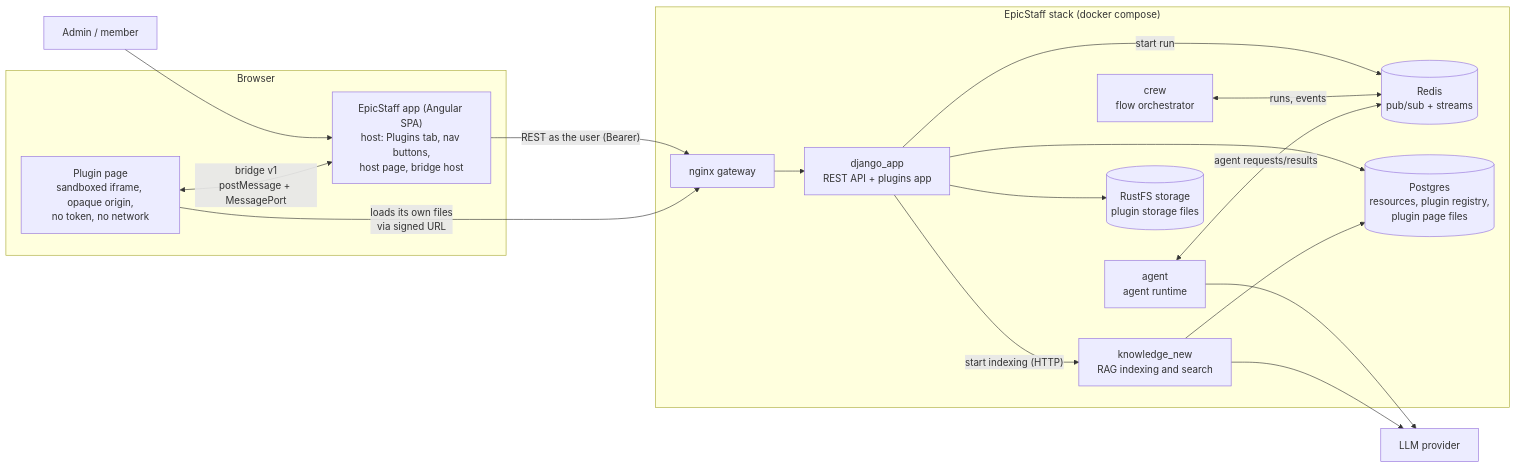
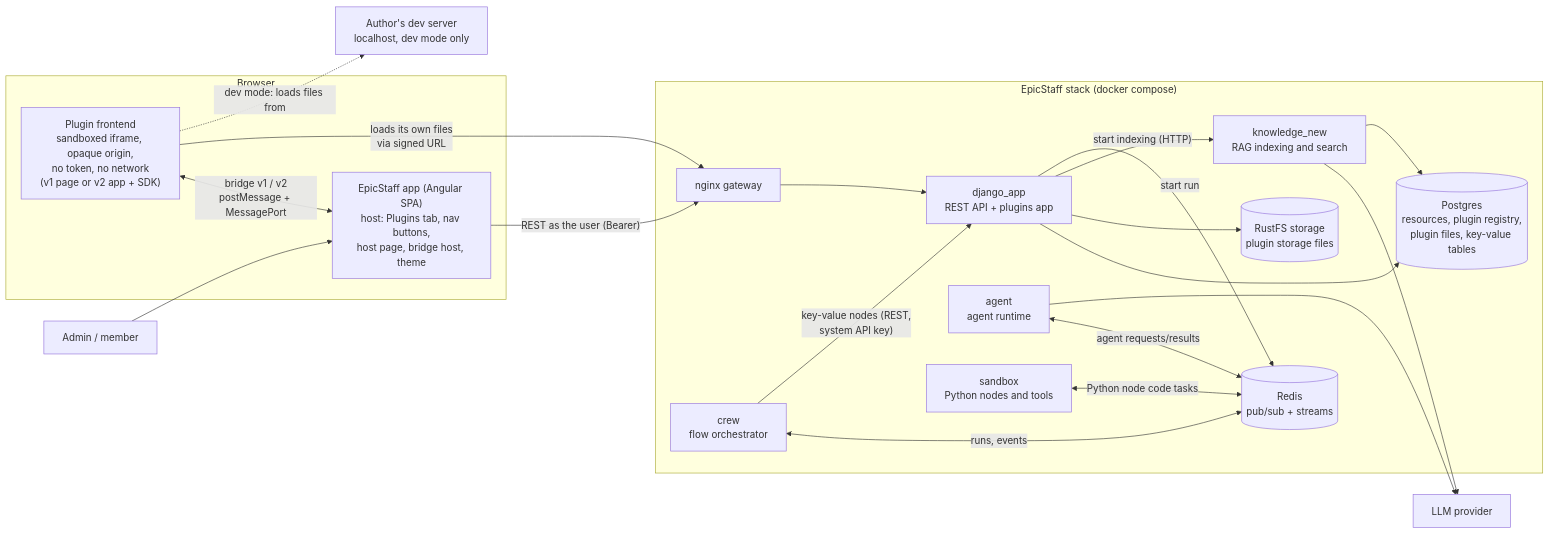
One commit to EpicStaff/EpicStaff changed the second of 4 diagrams in docs/proto/plugins/plugins-architecture.md. Above: the diagram before and after it, drawn with Mermaid. The commit also changed other lines of this file and 12 other files, not shown here.

Commit message:
chore(proto): plugins — docs: concept baseline (plugin apps, bridge v2, author tooling, code map)

````diff
--- a/docs/proto/plugins/plugins-architecture.md
+++ b/docs/proto/plugins/plugins-architecture.md
@@ -61,37 +70,42 @@
 ```mermaid
 flowchart LR
   user["Admin / member"]
+  devserver["Author's dev server<br/>localhost, dev mode only"]
 
   subgraph browser["Browser"]
-    host["EpicStaff app (Angular SPA)<br/>host: Plugins tab, nav buttons,<br/>host page, bridge host"]
-    frame["Plugin page<br/>sandboxed iframe, opaque origin,<br/>no token, no network"]
+    host["EpicStaff app (Angular SPA)<br/>host: Plugins tab, nav buttons,<br/>host page, bridge host, theme"]
+    frame["Plugin frontend<br/>sandboxed iframe, opaque origin,<br/>no token, no network<br/>(v1 page or v2 app + SDK)"]
   end
 
   subgraph stack["EpicStaff stack (docker compose)"]
     nginx["nginx gateway"]
     django["django_app<br/>REST API + plugins app"]
     crew["crew<br/>flow orchestrator"]
     agent["agent<br/>agent runtime"]
+    sandbox["sandbox<br/>Python nodes and tools"]
     knowledge["knowledge_new<br/>RAG indexing and search"]
     redis[("Redis<br/>pub/sub + streams")]
-    pg[("Postgres<br/>resources, plugin registry,<br/>plugin page files")]
+    pg[("Postgres<br/>resources, plugin registry,<br/>plugin files, key-value tables")]
     s3[("RustFS storage<br/>plugin storage files")]
   end
 
   llm["LLM provider"]
 
   user --> host
-  frame <-->|"bridge v1<br/>postMessage + MessagePort"| host
+  frame <-->|"bridge v1 / v2<br/>postMessage + MessagePort"| host
   host -->|"REST as the user (Bearer)"| nginx
   frame -->|"loads its own files<br/>via signed URL"| nginx
+  frame -.->|"dev mode: loads files from"| devserver
   nginx --> django
   django --> pg
   django --> s3
   django -->|"start indexing (HTTP)"| knowledge
   django -->|"start run"| redis
   crew <-->|"runs, events"| redis
+  crew -->|"key-value nodes (REST,<br/>system API key)"| django
+  sandbox <-->|"Python node code tasks"| redis
   agent <-->|"agent requests/results"| redis
   agent --> llm
   knowledge --> llm
   knowledge --> pg
 ```
````
